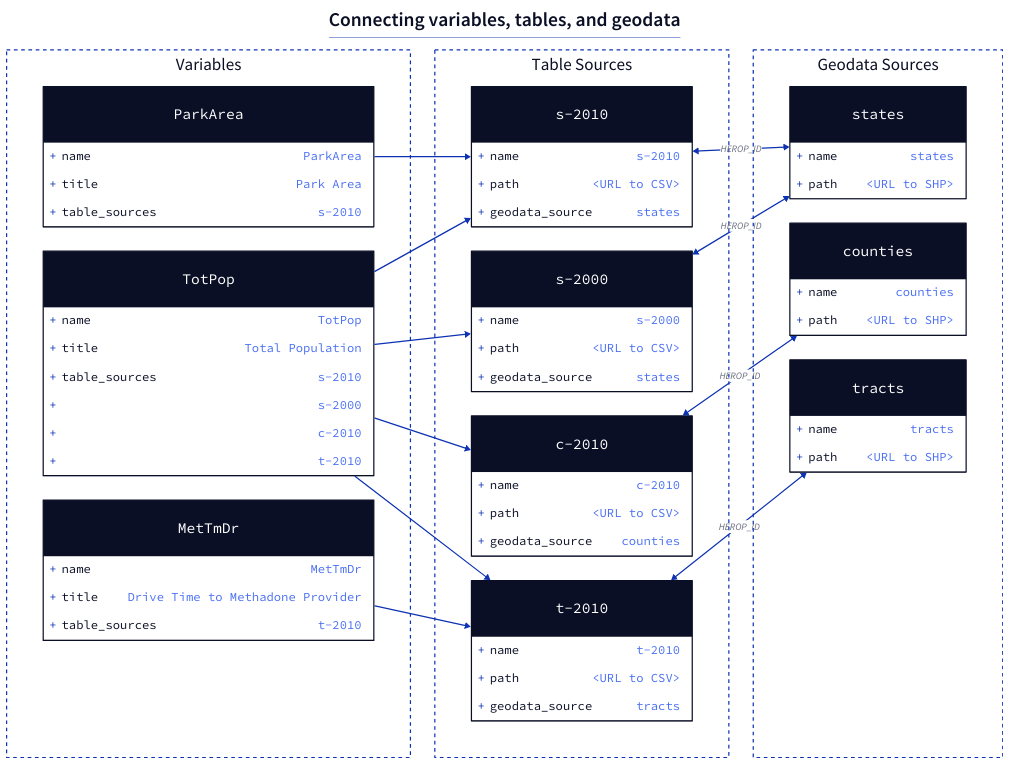
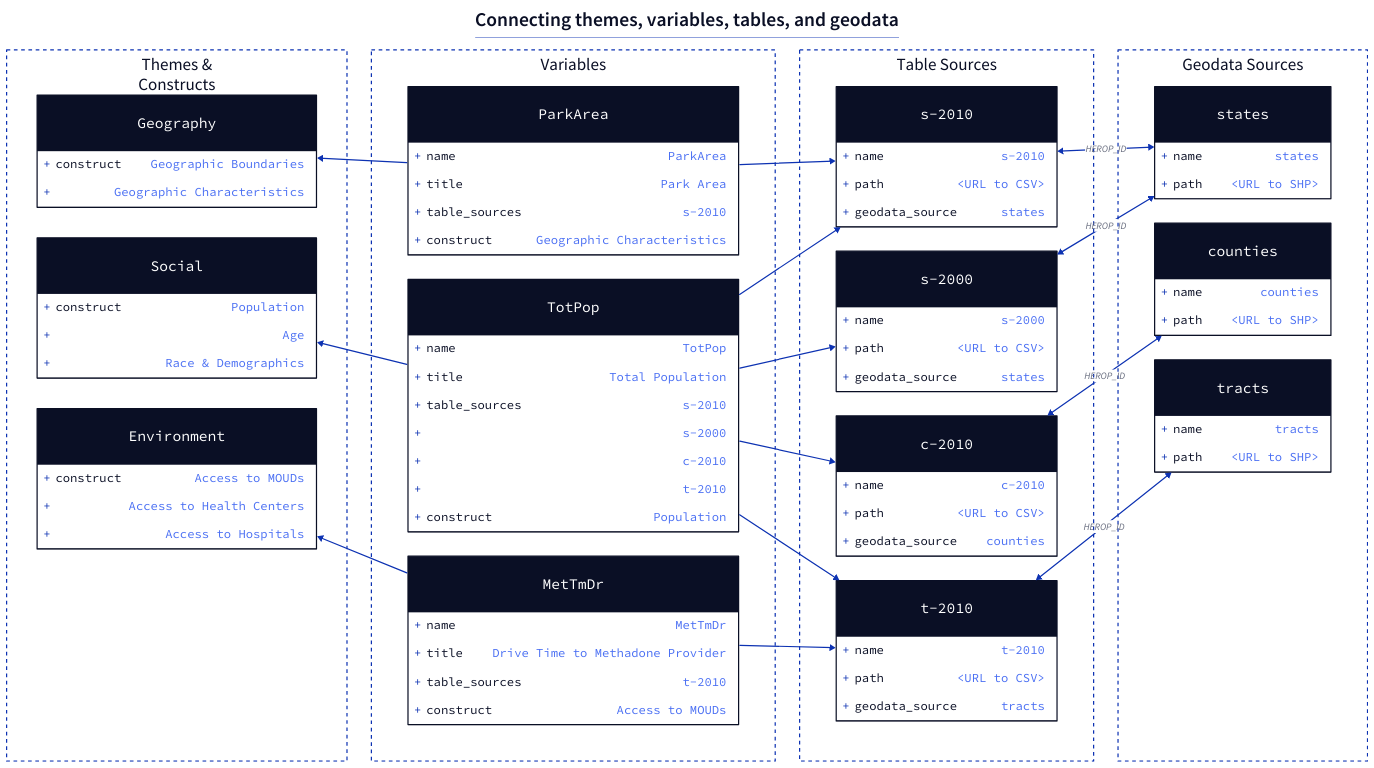
The diagram in docs/img/registry-complex.d2 (healthyregions/oeps), drawn with D2 before and after one commit. The commit also changed 4 other files, not shown here.

```diff
--- a/docs/img/registry-complex.d2
+++ b/docs/img/registry-complex.d2
@@ -1,106 +1,137 @@
-# render with --pad 25
+# d2 ./registry-complex.d2 registry-complex.png --pad 25
+
 direction: right
-grid-columns: 3
+grid-columns: 4
 classes: {
     container: {
         style: {
             fill: transparent
             stroke-dash: 3
         }
     }
 }
 title: |md
 
-  # Connecting variables, tables, and geodata
+  # Connecting themes, variables, tables, and geodata
 | {near: top-center}
 
+tc: Themes &\nConstructs {
+    class: container
+    grid-rows: 3
+    grid-gap: 50
+}
 v: Variables {
     class: container
     grid-rows: 3
 }
 t: Table Sources {
     class: container
     grid-rows: 4
 }
 g: Geodata Sources {
     class: container
     grid-rows: 3
 }
 
+tc.Geography: {
+    shape: class
+    construct: Geographic Boundaries
+    "": Geographic Characteristics
+}
+tc.Social: {
+    shape: class
+    construct: Population
+    "": Age
+    " ": Race & Demographics
+}
+tc.Environment: {
+    shape: class
+    construct: Access to MOUDs
+    "": Access to Health Centers
+    " ": Access to Hospitals
+}
+
 v.ParkArea: {
     shape: class
     name: ParkArea
     title: Park Area
     table_sources: s-2010
+    construct: Geographic Characteristics
 }
 
 v.TotPop: {
     shape: class
     name: TotPop
     title: Total Population
     table_sources: s-2010
     "": s-2000
     " ": c-2010
     "  ": t-2010
+    construct: Population
 }
 
 v.MetTmDr: {
     shape: class
     name: MetTmDr
     title: Drive Time to Methadone Provider
     table_sources: t-2010
+    construct: Access to MOUDs
 }
 
 t.s-2010: {
     shape: class
     name: s-2010
     path: <URL to CSV>
     geodata_source: states
 
 }
 t.s-2000: {
     shape: class
     name: s-2000
     path: <URL to CSV>
     geodata_source: states
 }
 t.c-2010: {
     shape: class
     name: c-2010
     path: <URL to CSV>
     geodata_source: counties
 }
 t.t-2010: {
     shape: class
     name: t-2010
     path: <URL to CSV>
     geodata_source: tracts
 }
 
 g.s: states {
     shape: class
     name: states
     path: <URL to SHP>
 }
 g.c: counties {
     shape: class
     name: counties
     path: <URL to SHP>
 }
 g.t: tracts {
     shape: class
     name: tracts
     path: <URL to SHP>
 }
 
 t.s-2010 <-> g.s: HEROP_ID
 t.s-2000 <-> g.s: HEROP_ID
 t.c-2010 <-> g.c: HEROP_ID
 t.t-2010 <-> g.t: HEROP_ID
 
 v.ParkArea -> t.s-2010
 v.TotPop -> t.s-2010
 v.TotPop -> t.s-2000
 v.TotPop -> t.c-2010
 v.TotPop -> t.t-2010
 v.MetTmDr -> t.t-2010
+
+v.ParkArea -> tc.Geography
+v.TotPop -> tc.Social
+v.MetTmDr -> tc.Environment
```
